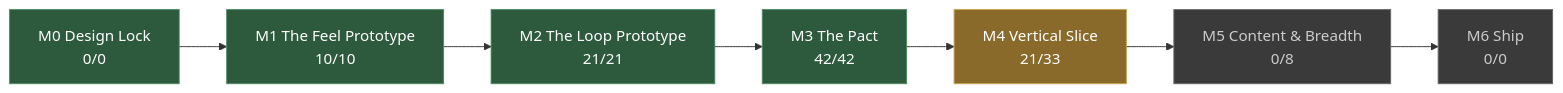
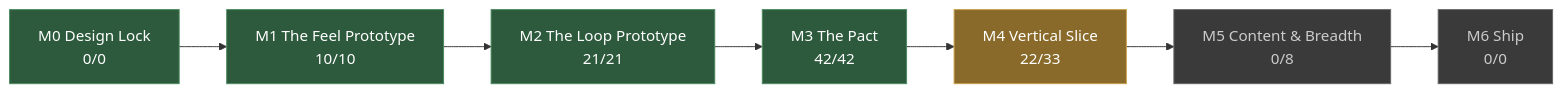
One commit to JoshuaGessner/she changed the diagram in docs/STATUS.md. Above: the diagram before and after it, drawn with Mermaid. The commit also changed other lines of this file and 26 other files, not shown here.

````diff
--- a/docs/STATUS.md
+++ b/docs/STATUS.md
@@ -13,19 +13,19 @@
 ```mermaid
 flowchart LR
   M0["M0 Design Lock<br/>0/0"]:::passed
   M1["M1 The Feel Prototype<br/>10/10"]:::passed
   M0 --> M1
   M2["M2 The Loop Prototype<br/>21/21"]:::passed
   M1 --> M2
   M3["M3 The Pact<br/>42/42"]:::passed
   M2 --> M3
-  M4["M4 Vertical Slice<br/>21/33"]:::current
+  M4["M4 Vertical Slice<br/>22/33"]:::current
   M3 --> M4
   M5["M5 Content & Breadth<br/>0/8"]:::ahead
   M4 --> M5
   M6["M6 Ship<br/>0/0"]:::ahead
   M5 --> M6
   classDef passed fill:#2d5a3d,stroke:#4a8a5f,color:#fff
   classDef current fill:#8a6a2a,stroke:#c8a04a,color:#fff
   classDef ahead fill:#3a3a3a,stroke:#666,color:#ccc
 ```
````
